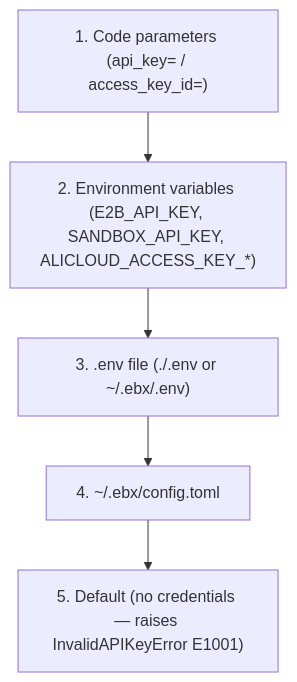
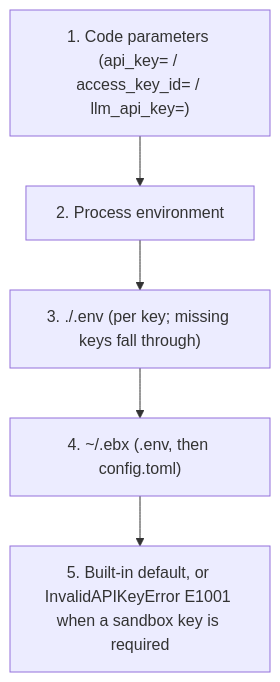
Before and after one commit to Easy-Sandbox/easy-sandbox: the diagram in docs/en/guide/authentication.md, drawn with Mermaid. The commit also changed other lines of this file and 176 other files, not shown here.

````diff
--- a/docs/en/guide/authentication.md
+++ b/docs/en/guide/authentication.md
@@ -140,7 +133,7 @@
 ```mermaid
 flowchart TD
-    A["1. Code parameters (api_key= / access_key_id=)"] --> B["2. Environment variables (E2B_API_KEY, SANDBOX_API_KEY, ALICLOUD_ACCESS_KEY_*)"]
-    B --> C["3. .env file (./.env or ~/.ebx/.env)"]
-    C --> D["4. ~/.ebx/config.toml"]
-    D --> E["5. Default (no credentials — raises InvalidAPIKeyError E1001)"]
+    A["1. Code parameters (api_key= / access_key_id= / llm_api_key=)"] --> B["2. Process environment"]
+    B --> C["3. ./.env (per key; missing keys fall through)"]
+    C --> D["4. ~/.ebx (.env, then config.toml)"]
+    D --> E["5. Built-in default, or InvalidAPIKeyError E1001 when a sandbox key is required"]
 ```
````
